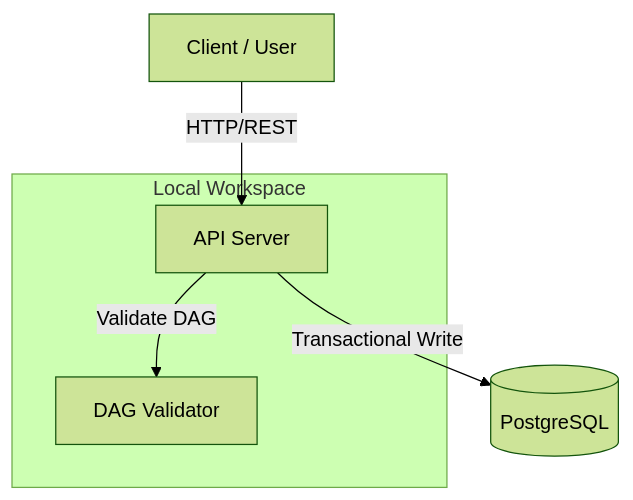
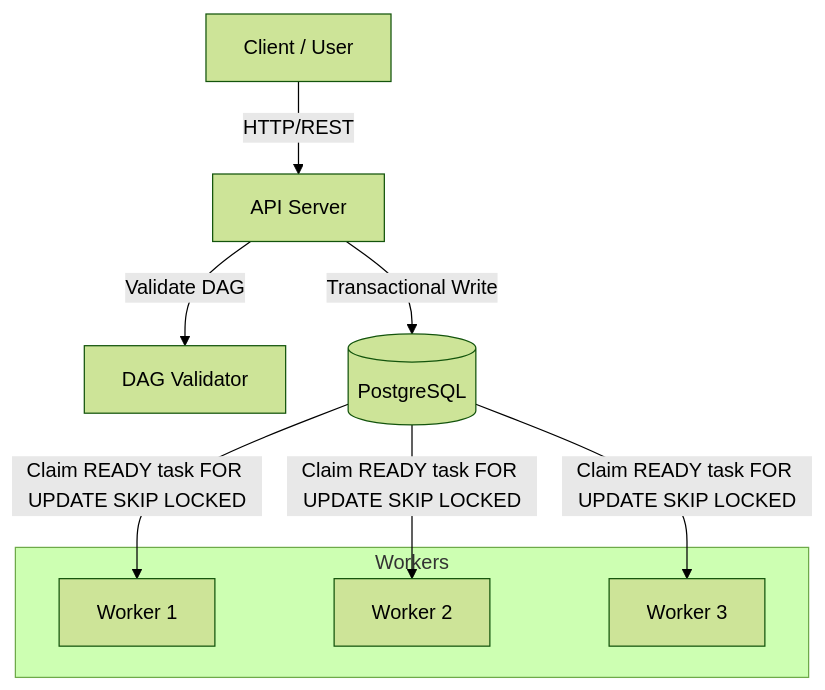
Before and after one commit to aman0603/flowforge: the diagram in README.md, drawn with Mermaid (forest theme). The commit also changed other lines of this file and 7 other files, not shown here.

````diff
--- a/README.md
+++ b/README.md
@@ -11,11 +11,16 @@
 ```mermaid
 graph TD
     Client[Client / User] -->|HTTP/REST| API[API Server]
     API -->|Validate DAG| DAG[DAG Validator]
     API -->|Transactional Write| DB[(PostgreSQL)]
     
-    subgraph Local Workspace
-        API
-        DAG
+    DB -->|Claim READY task FOR UPDATE SKIP LOCKED| W1[Worker 1]
+    DB -->|Claim READY task FOR UPDATE SKIP LOCKED| W2[Worker 2]
+    DB -->|Claim READY task FOR UPDATE SKIP LOCKED| W3[Worker 3]
+
+    subgraph Workers
+        W1
+        W2
+        W3
     end
 ```
````
